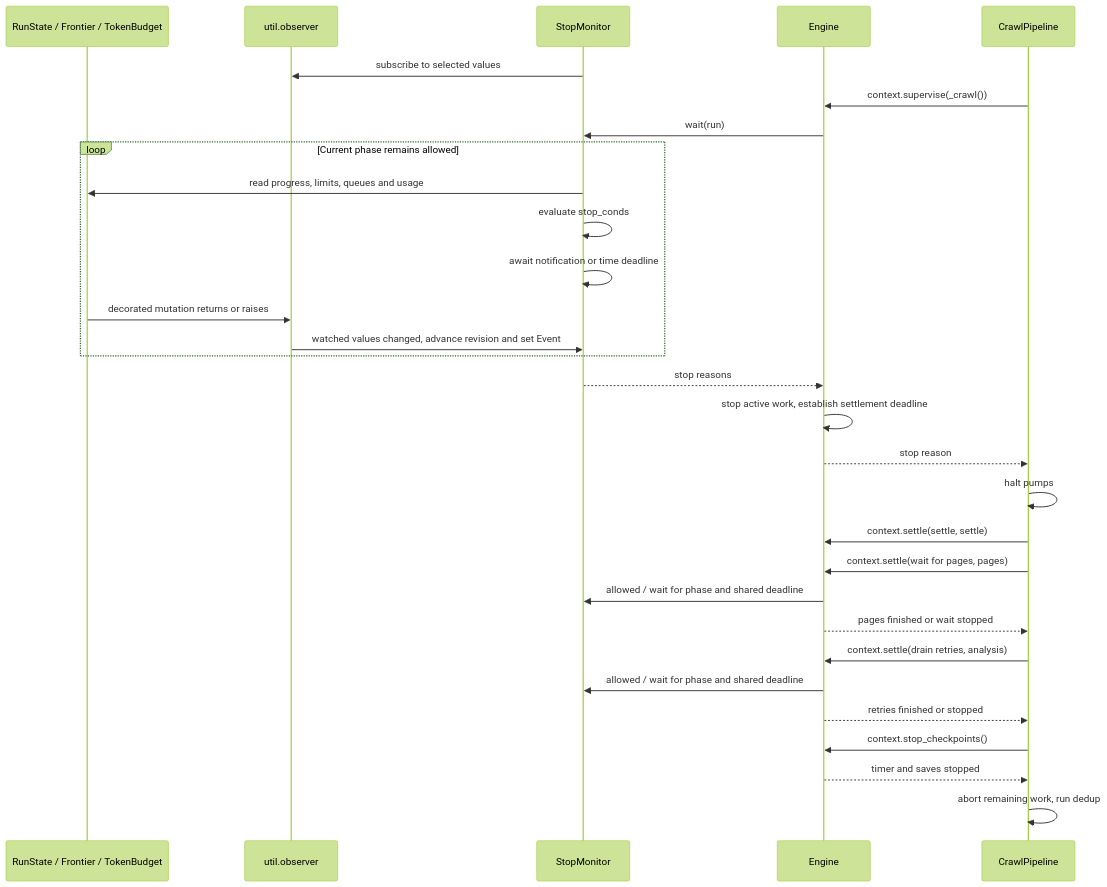
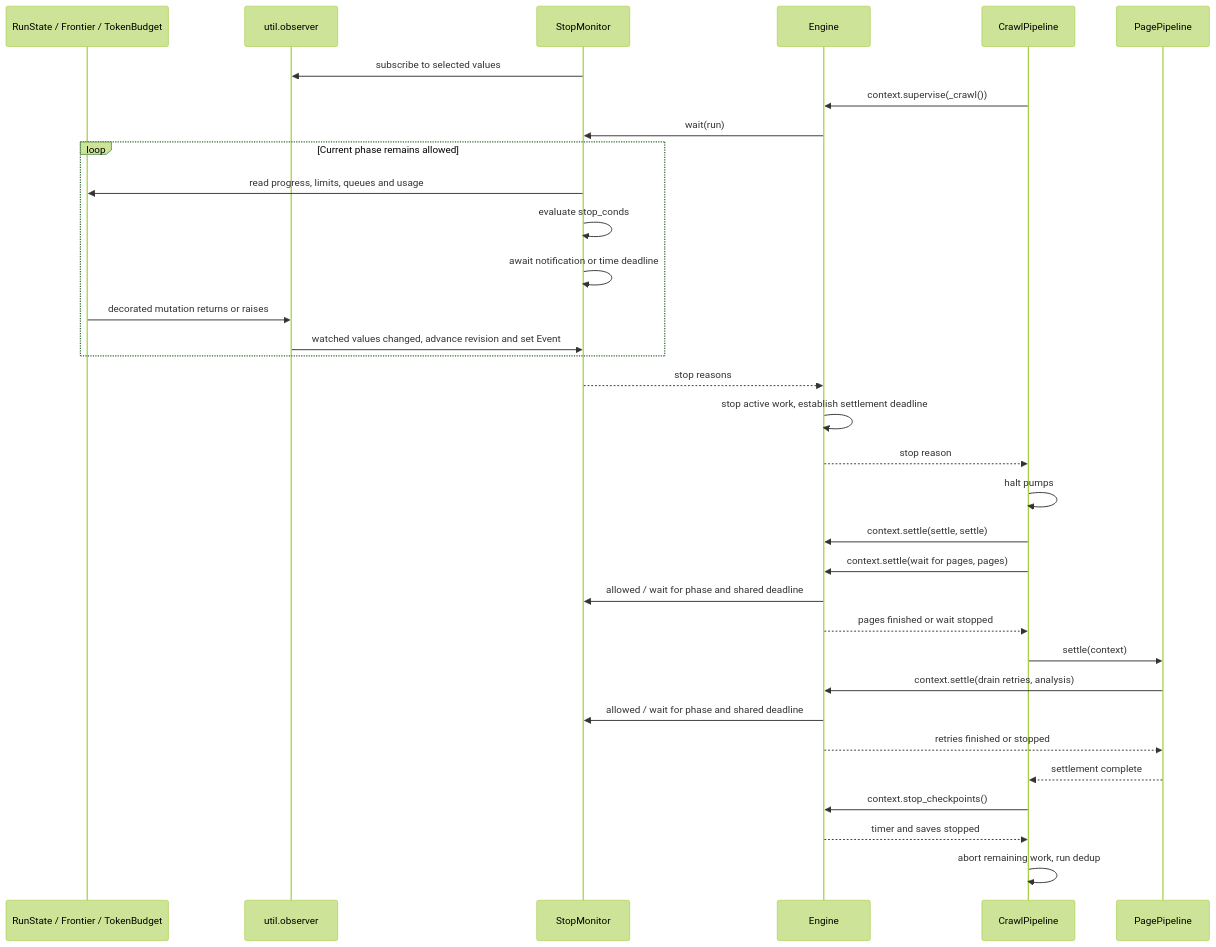
One commit to shixuan/crawl-me-maybe changed the fifth of 7 diagrams in docs/engine.md. Above: the diagram before and after it, drawn with Mermaid (forest theme). The commit also changed other lines of this file and 13 other files, not shown here.

Commit message:
refactor: let page pipeline own analysis lifecycle

````diff
--- a/docs/engine.md
+++ b/docs/engine.md
@@ -218,32 +231,35 @@
 ```mermaid
 sequenceDiagram
     participant Owners as RunState / Frontier / TokenBudget
     participant Notify as util.observer
     participant Monitor as StopMonitor
     participant Engine
     participant Crawl as CrawlPipeline
+    participant Page as PagePipeline
     Monitor->>Notify: subscribe to selected values
     Crawl->>Engine: context.supervise(_crawl())
     Engine->>Monitor: wait(run)
     loop Current phase remains allowed
         Monitor->>Owners: read progress, limits, queues and usage
         Monitor->>Monitor: evaluate stop_conds
         Monitor->>Monitor: await notification or time deadline
         Owners->>Notify: decorated mutation returns or raises
         Notify->>Monitor: watched values changed, advance revision and set Event
     end
     Monitor-->>Engine: stop reasons
     Engine->>Engine: stop active work, establish settlement deadline
     Engine-->>Crawl: stop reason
     Crawl->>Crawl: halt pumps
     Crawl->>Engine: context.settle(settle, settle)
     Crawl->>Engine: context.settle(wait for pages, pages)
     Engine->>Monitor: allowed / wait for phase and shared deadline
     Engine-->>Crawl: pages finished or wait stopped
-    Crawl->>Engine: context.settle(drain retries, analysis)
+    Crawl->>Page: settle(context)
+    Page->>Engine: context.settle(drain retries, analysis)
     Engine->>Monitor: allowed / wait for phase and shared deadline
-    Engine-->>Crawl: retries finished or stopped
+    Engine-->>Page: retries finished or stopped
+    Page-->>Crawl: settlement complete
     Crawl->>Engine: context.stop_checkpoints()
     Engine-->>Crawl: timer and saves stopped
     Crawl->>Crawl: abort remaining work, run dedup
 ```
````
